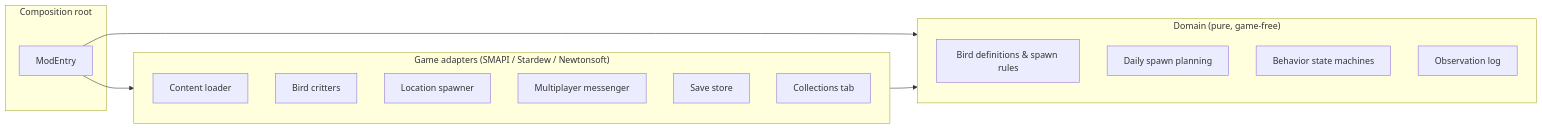
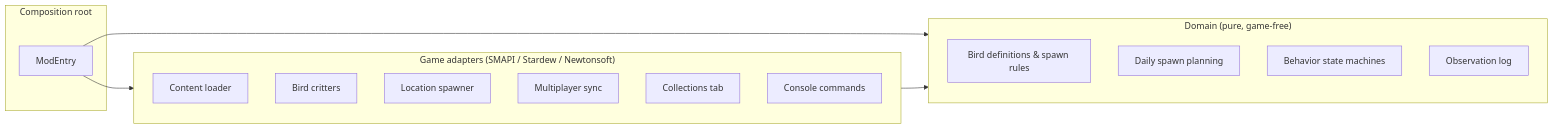
One commit to pschonev/BirdsEverywhere changed the first of 7 diagrams in docs/ARCHITECTURE.md. Above: the diagram before and after it, drawn with Mermaid. The commit also changed other lines of this file and 305 other files, not shown here.

````diff
--- a/docs/ARCHITECTURE.md
+++ b/docs/ARCHITECTURE.md
@@ -19,23 +19,23 @@
 ```mermaid
 flowchart LR
     subgraph Shell["Composition root"]
         ModEntry
     end
     subgraph Adapters["Game adapters (SMAPI / Stardew / Newtonsoft)"]
         Content["Content loader"]
         Birds["Bird critters"]
         Spawn["Location spawner"]
-        MP["Multiplayer messenger"]
-        Persist["Save store"]
+        MP["Multiplayer sync"]
         UI["Collections tab"]
+        Diag["Console commands"]
     end
     subgraph Domain["Domain (pure, game-free)"]
         Defs["Bird definitions & spawn rules"]
         Plan["Daily spawn planning"]
         Behav["Behavior state machines"]
         Obs["Observation log"]
     end
     ModEntry --> Adapters
     ModEntry --> Domain
     Adapters --> Domain
 ```
````
